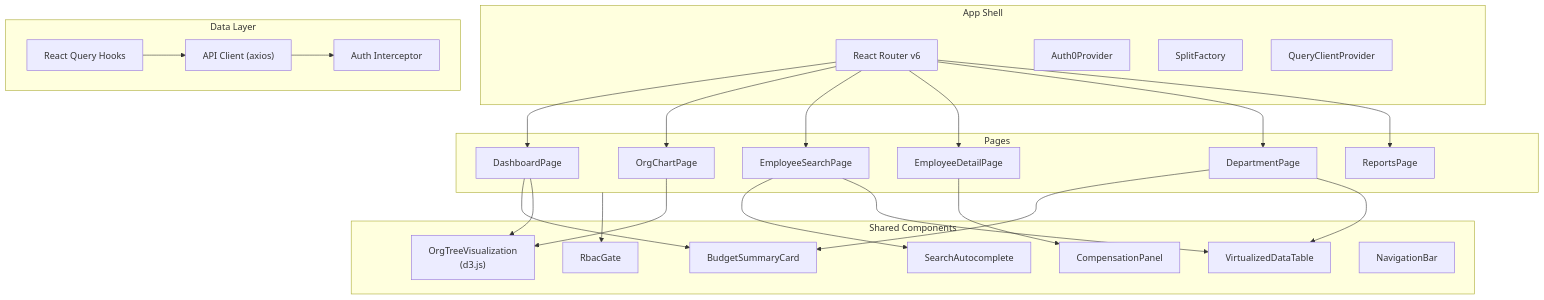
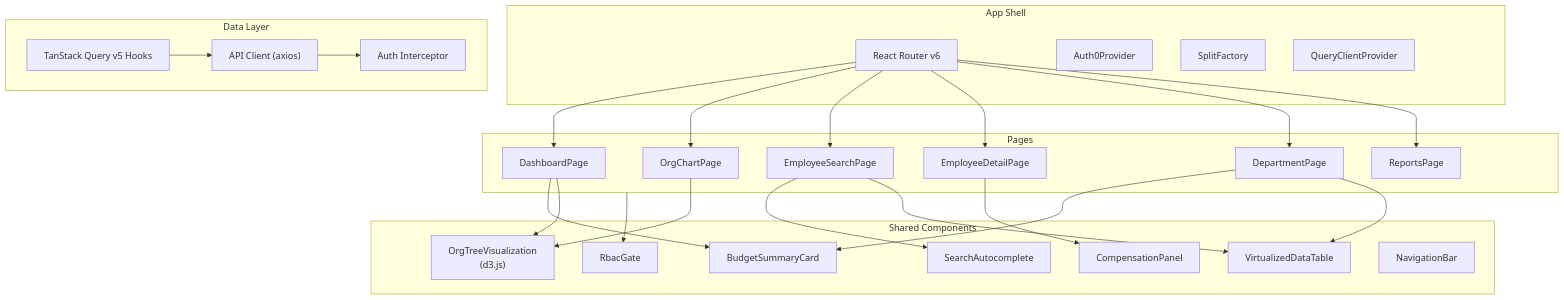
The diagram in docs/phases/PHASE-5-frontend.md (sukhesh035/employee_budget_allocation), drawn with Mermaid before and after one commit. The commit also changed other lines of this file and 11 other files, not shown here.

````diff
--- a/docs/phases/PHASE-5-frontend.md
+++ b/docs/phases/PHASE-5-frontend.md
@@ -25,43 +25,43 @@
 ```mermaid
 graph TB
     subgraph App Shell
         Router["React Router v6"]
         Auth["Auth0Provider"]
         Split["SplitFactory"]
         Query["QueryClientProvider"]
     end
 
     subgraph Pages
         Dashboard["DashboardPage"]
         OrgChart["OrgChartPage"]
         EmpSearch["EmployeeSearchPage"]
         EmpDetail["EmployeeDetailPage"]
         DeptView["DepartmentPage"]
         Reports["ReportsPage"]
     end
 
     subgraph Shared Components
         TreeViz["OrgTreeVisualization<br/>(d3.js)"]
         SearchBar["SearchAutocomplete"]
         CompPanel["CompensationPanel"]
         BudgetCard["BudgetSummaryCard"]
         DataTable["VirtualizedDataTable"]
         RbacGate["RbacGate"]
         NavBar["NavigationBar"]
     end
 
     subgraph Data Layer
-        Hooks["React Query Hooks"]
+        Hooks["TanStack Query v5 Hooks"]
         ApiClient["API Client (axios)"]
         AuthInterceptor["Auth Interceptor"]
     end
 
     Router --> Dashboard & OrgChart & EmpSearch & EmpDetail & DeptView & Reports
     Dashboard --> BudgetCard & TreeViz
     OrgChart --> TreeViz
     EmpSearch --> SearchBar & DataTable
     EmpDetail --> CompPanel
     DeptView --> BudgetCard & DataTable
     Pages --> RbacGate
     Hooks --> ApiClient --> AuthInterceptor
 ```
````
